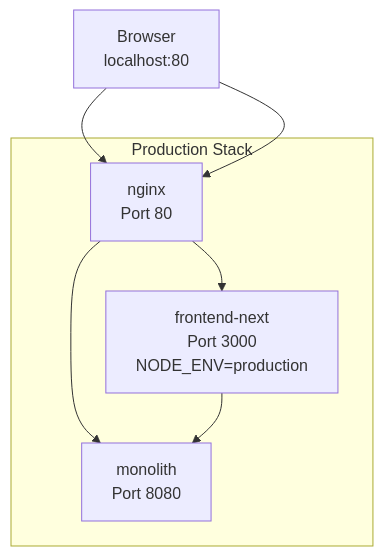
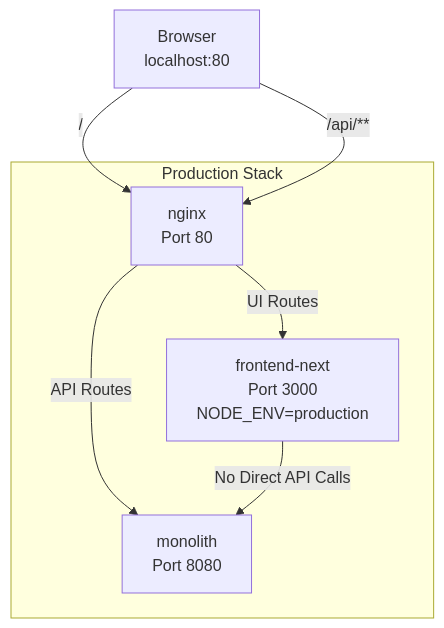
One commit to philipz/spring-modular-monolith changed the fourth of 5 diagrams in docs/deepwiki/Frontend-Integration.md. Above: the diagram before and after it, drawn with Mermaid. The commit also changed other lines of this file and 55 other files, not shown here.

````diff
--- a/docs/deepwiki/Frontend-Integration.md
+++ b/docs/deepwiki/Frontend-Integration.md
@@ -283,20 +283,20 @@
 ```mermaid
 flowchart TD
 
 Browser["Browser<br>localhost:80"]
 Nginx["nginx<br>Port 80"]
 Frontend["frontend-next<br>Port 3000<br>NODE_ENV=production"]
 Backend["monolith<br>Port 8080"]
 
-Browser --> Nginx
-Browser --> Nginx
+Browser -->|"/"| Nginx
+Browser -->|"/api/**"| Nginx
 
 subgraph subGraph0 ["Production Stack"]
     Nginx
     Frontend
     Backend
-    Nginx --> Frontend
-    Nginx --> Backend
-    Frontend --> Backend
+    Nginx -->|"UI Routes"| Frontend
+    Nginx -->|"API Routes"| Backend
+    Frontend -->|"No Direct API Calls"| Backend
 end
 ```
````
